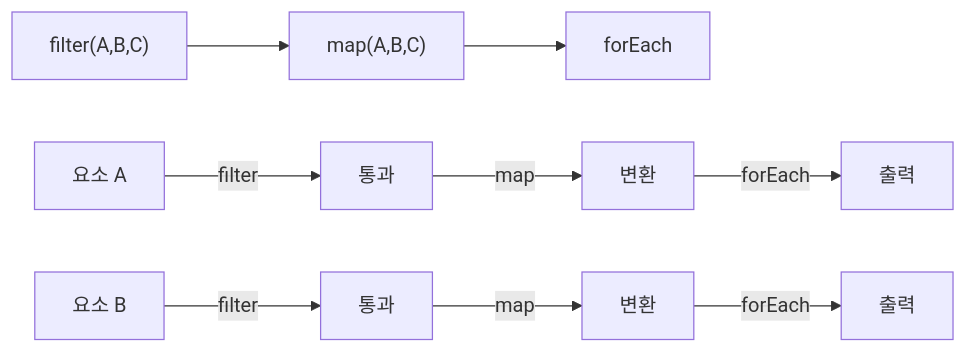
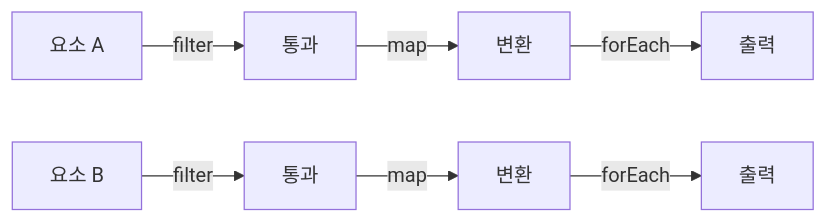
Before and after one commit to yjkim2015/yjkim2015.github.io: the third of 4 diagrams in _posts/java/2026-05-01-java-stream.md, drawn with Mermaid. The commit also changed 48 other files, not shown here.

First line of the commit message:
Mermaid 최종 47건 수정: participant/노드/줄수/라벨 전부 기준 이하

````diff
--- a/_posts/java/2026-05-01-java-stream.md
+++ b/_posts/java/2026-05-01-java-stream.md
@@ -122,10 +122,9 @@
 ```mermaid
 graph LR
-  F1["filter(A,B,C)"] --> M1["map(A,B,C)"] --> R1["forEach"]
   A["요소 A"] -->|"filter"| FA["통과"]
   FA -->|"map"| MA["변환"]
   MA -->|"forEach"| RA["출력"]
   B["요소 B"] -->|"filter"| FB["통과"]
   FB -->|"map"| MB["변환"]
   MB -->|"forEach"| RB["출력"]
 ```
````
